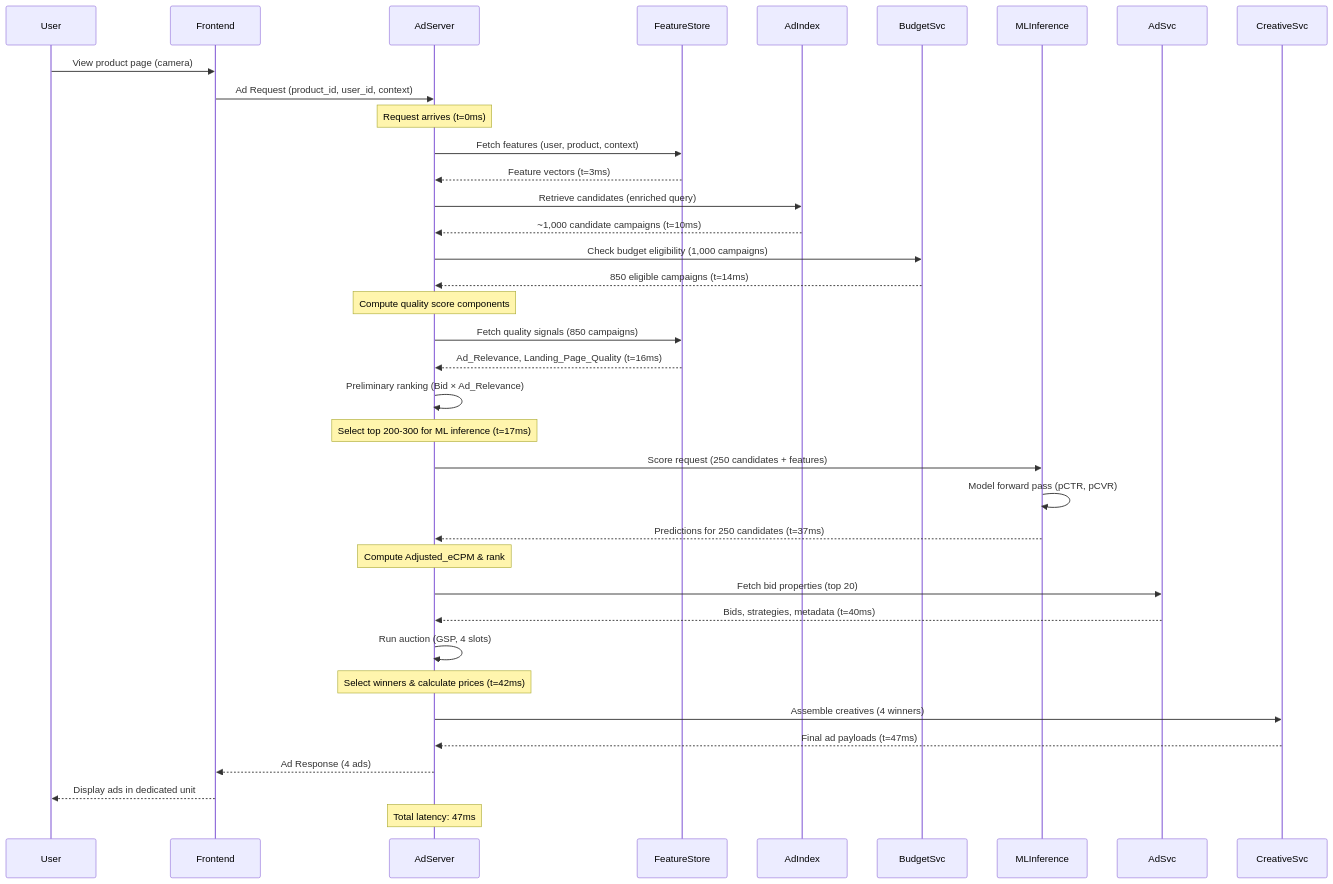
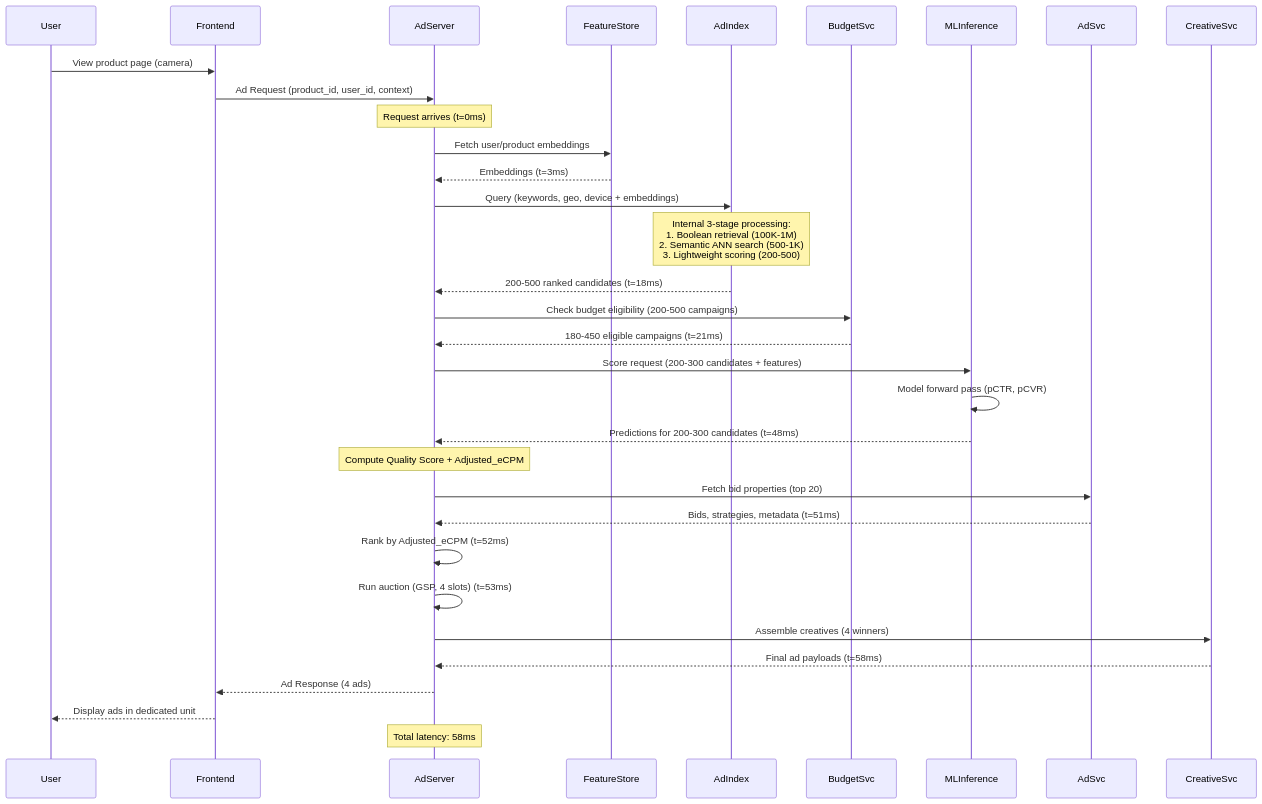
One commit to thunderbird2009/book_rmn changed the first of 2 diagrams in ch2_ad_serving_architecture.md. Above: the diagram before and after it, drawn with Mermaid. The commit also changed other lines of this file and 1 other file, not shown here.

````diff
--- a/ch2_ad_serving_architecture.md
+++ b/ch2_ad_serving_architecture.md
@@ -51,52 +53,46 @@
 ```mermaid
 sequenceDiagram
     participant User
     participant Frontend
     participant AdServer
     participant FeatureStore
     participant AdIndex
     participant BudgetSvc
     participant MLInference
     participant AdSvc
     participant CreativeSvc
 
     User->>Frontend: View product page (camera)
     Frontend->>AdServer: Ad Request (product_id, user_id, context)
     
     Note over AdServer: Request arrives (t=0ms)
     
-    AdServer->>FeatureStore: Fetch features (user, product, context)
-    FeatureStore-->>AdServer: Feature vectors (t=3ms)
+    AdServer->>FeatureStore: Fetch user/product embeddings
+    FeatureStore-->>AdServer: Embeddings (t=3ms)
     
-    AdServer->>AdIndex: Retrieve candidates (enriched query)
-    AdIndex-->>AdServer: ~1,000 candidate campaigns (t=10ms)
+    AdServer->>AdIndex: Query (keywords, geo, device + embeddings)
+    Note over AdIndex: Internal 3-stage processing:<br/>1. Boolean retrieval (100K-1M)<br/>2. Semantic ANN search (500-1K)<br/>3. Lightweight scoring (200-500)
+    AdIndex-->>AdServer: 200-500 ranked candidates (t=18ms)
     
-    AdServer->>BudgetSvc: Check budget eligibility (1,000 campaigns)
-    BudgetSvc-->>AdServer: 850 eligible campaigns (t=14ms)
+    AdServer->>BudgetSvc: Check budget eligibility (200-500 campaigns)
+    BudgetSvc-->>AdServer: 180-450 eligible campaigns (t=21ms)
     
-    Note over AdServer: Compute quality score components
-    AdServer->>FeatureStore: Fetch quality signals (850 campaigns)
-    FeatureStore-->>AdServer: Ad_Relevance, Landing_Page_Quality (t=16ms)
+    AdServer->>MLInference: Score request (200-300 candidates + features)
+    MLInference->>MLInference: Model forward pass (pCTR, pCVR)
+    MLInference-->>AdServer: Predictions for 200-300 candidates (t=48ms)
     
-    AdServer->>AdServer: Preliminary ranking (Bid × Ad_Relevance)
-    Note over AdServer: Select top 200-300 for ML inference (t=17ms)
+    Note over AdServer: Compute Quality Score + Adjusted_eCPM
+    AdServer->>AdSvc: Fetch bid properties (top 20)
+    AdSvc-->>AdServer: Bids, strategies, metadata (t=51ms)
     
-    AdServer->>MLInference: Score request (250 candidates + features)
-    MLInference->>MLInference: Model forward pass (pCTR, pCVR)
-    MLInference-->>AdServer: Predictions for 250 candidates (t=37ms)
-    
-    Note over AdServer: Compute Adjusted_eCPM & rank
-    AdServer->>AdSvc: Fetch bid properties (top 20)
-    AdSvc-->>AdServer: Bids, strategies, metadata (t=40ms)
-    
-    AdServer->>AdServer: Run auction (GSP, 4 slots)
-    Note over AdServer: Select winners & calculate prices (t=42ms)
+    AdServer->>AdServer: Rank by Adjusted_eCPM (t=52ms)
+    AdServer->>AdServer: Run auction (GSP, 4 slots) (t=53ms)
     
     AdServer->>CreativeSvc: Assemble creatives (4 winners)
-    CreativeSvc-->>AdServer: Final ad payloads (t=47ms)
+    CreativeSvc-->>AdServer: Final ad payloads (t=58ms)
     
     AdServer-->>Frontend: Ad Response (4 ads)
     Frontend-->>User: Display ads in dedicated unit
     
-    Note over AdServer: Total latency: 47ms
+    Note over AdServer: Total latency: 58ms
 ```
````
